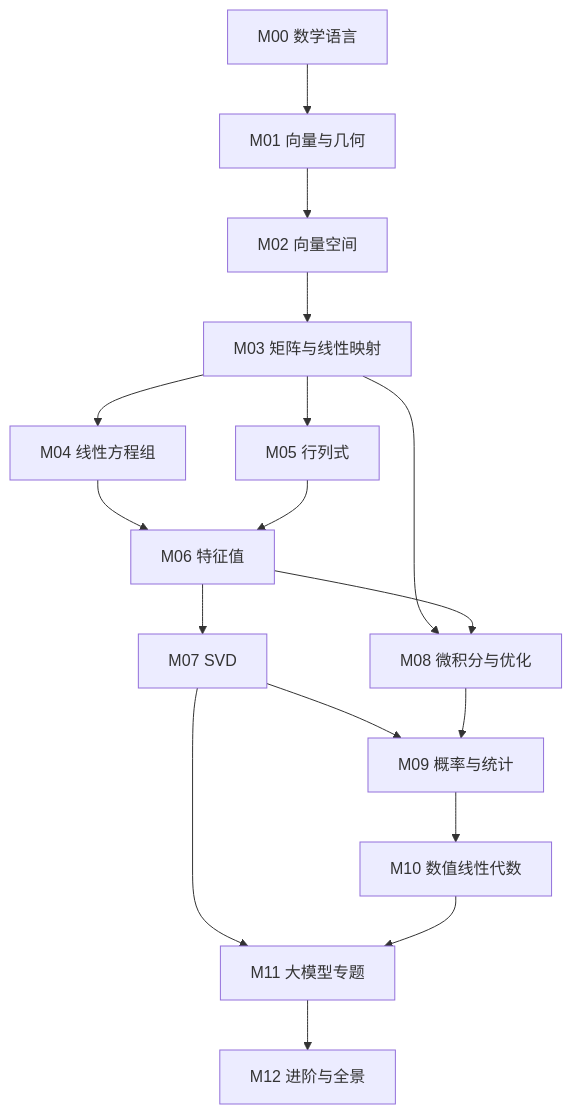
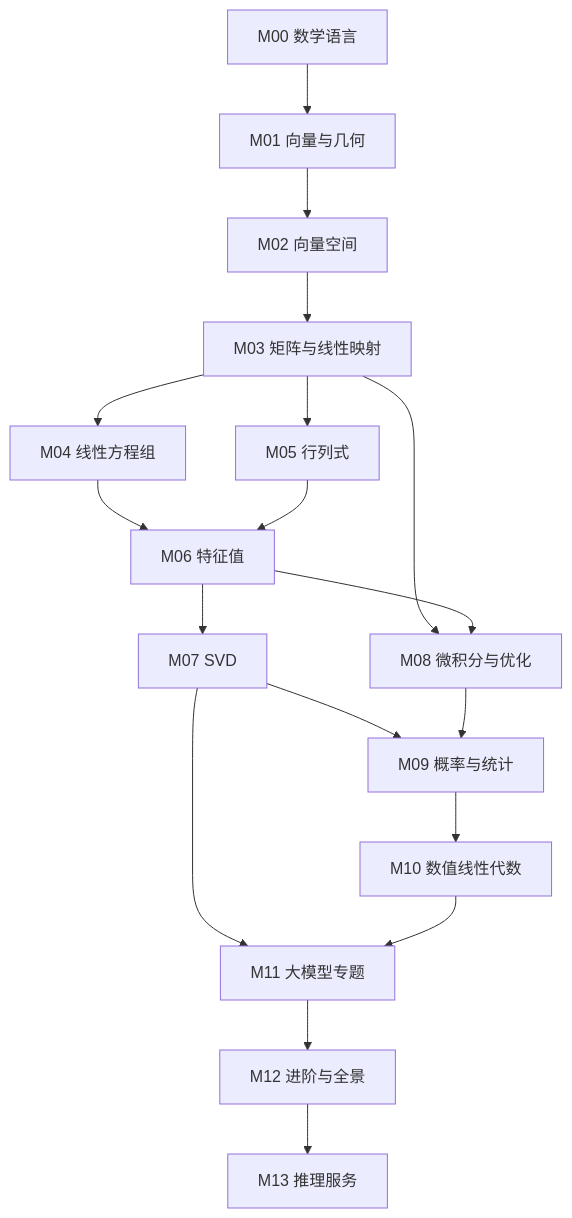
The diagram in docs/学习地图.md (kingfs/Linear-Algebra-to-LLM), drawn with Mermaid before and after one commit. The commit also changed other lines of this file and 12 other files, not shown here.

````diff
--- a/docs/学习地图.md
+++ b/docs/学习地图.md
@@ -43,19 +43,20 @@
 ```mermaid
 flowchart TD
     M00[M00 数学语言] --> M01[M01 向量与几何]
     M01 --> M02[M02 向量空间]
     M02 --> M03[M03 矩阵与线性映射]
     M03 --> M04[M04 线性方程组]
     M03 --> M05[M05 行列式]
     M04 --> M06[M06 特征值]
     M05 --> M06
     M06 --> M07[M07 SVD]
     M03 --> M08[M08 微积分与优化]
     M06 --> M08
     M07 --> M09[M09 概率与统计]
     M08 --> M09
     M09 --> M10[M10 数值线性代数]
     M07 --> M11[M11 大模型专题]
     M10 --> M11
     M11 --> M12[M12 进阶与全景]
+    M12 --> M13[M13 推理服务]
 ```
````
